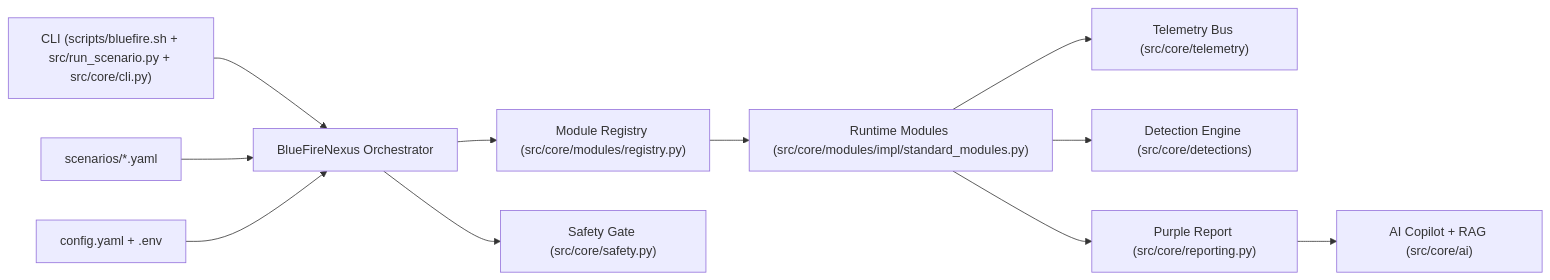
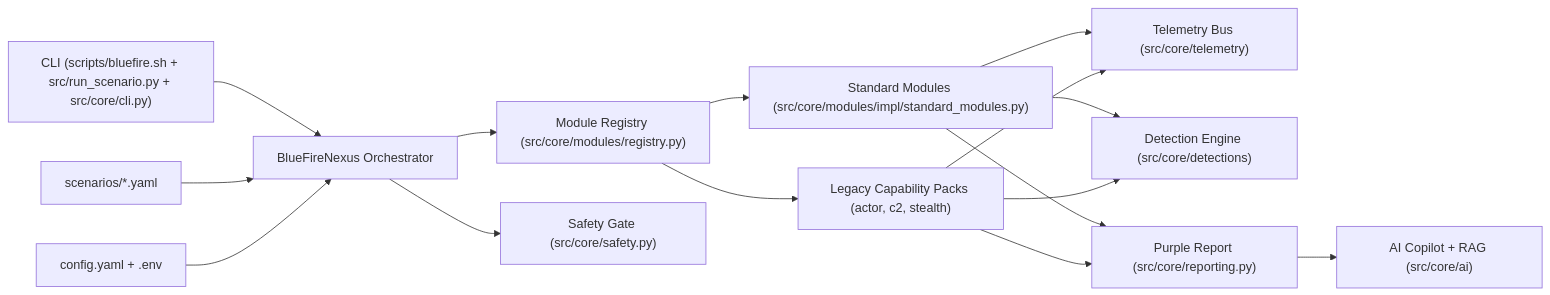
Before and after one commit to Moneer-S/BlueFire-Nexus: the diagram in docs/ARCHITECTURE.md, drawn with Mermaid. The commit also changed other lines of this file and 19 other files, not shown here.

Commit message:
Integrate legacy capability packs with safety toggles

````diff
--- a/docs/ARCHITECTURE.md
+++ b/docs/ARCHITECTURE.md
@@ -7,13 +7,17 @@
 ```mermaid
 flowchart LR
     cli["CLI (scripts/bluefire.sh + src/run_scenario.py + src/core/cli.py)"] --> orchestrator["BlueFireNexus Orchestrator"]
     scenarioLib["scenarios/*.yaml"] --> orchestrator
     config["config.yaml + .env"] --> orchestrator
     orchestrator --> moduleRegistry["Module Registry (src/core/modules/registry.py)"]
-    moduleRegistry --> modules["Runtime Modules (src/core/modules/impl/standard_modules.py)"]
+    moduleRegistry --> modules["Standard Modules (src/core/modules/impl/standard_modules.py)"]
+    moduleRegistry --> legacyModules["Legacy Capability Packs (actor, c2, stealth)"]
     modules --> telemetry["Telemetry Bus (src/core/telemetry)"]
+    legacyModules --> telemetry
     modules --> detections["Detection Engine (src/core/detections)"]
+    legacyModules --> detections
     modules --> report["Purple Report (src/core/reporting.py)"]
+    legacyModules --> report
     orchestrator --> safety["Safety Gate (src/core/safety.py)"]
     report --> copilot["AI Copilot + RAG (src/core/ai)"]
 ```
````
